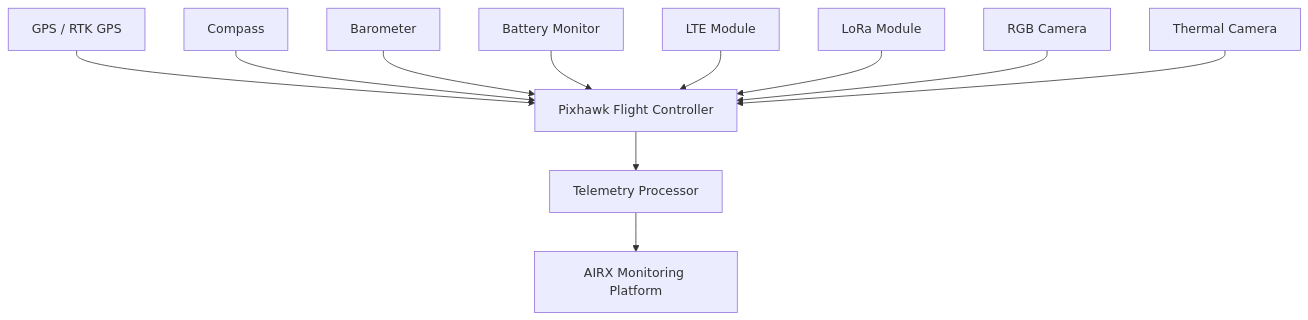
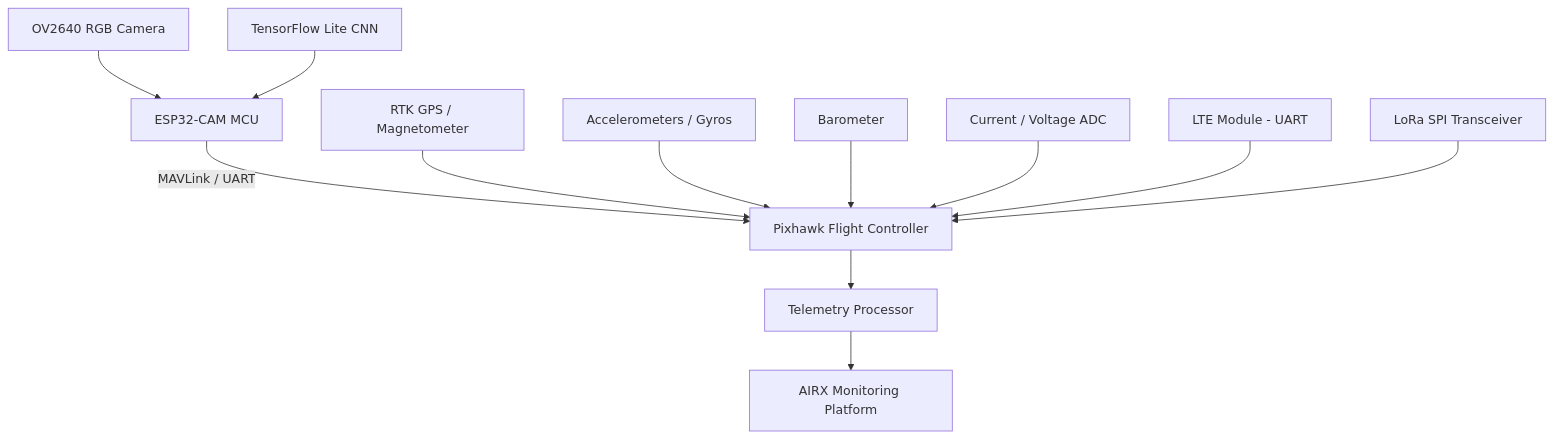
The second of 2 diagrams in README.md (dhilipan182005/Autonomous-Drone-Logistics-Operating-System-ADLOS-), drawn with Mermaid before and after one commit. The commit also changed other lines of this file, not shown here.

````diff
--- a/README.md
+++ b/README.md
@@ -60,27 +64,32 @@
 ```mermaid
 flowchart TD
 
-GPS[GPS / RTK GPS]
-COMP[Compass]
+GPS[RTK GPS / Magnetometer]
+IMU[Accelerometers / Gyros]
 BARO[Barometer]
-BATT[Battery Monitor]
-LTE[LTE Module]
-LORA[LoRa Module]
-CAM[RGB Camera]
-THERM[Thermal Camera]
+BATT[Current / Voltage ADC]
+LTE[LTE Module - UART]
+LORA[LoRa SPI Transceiver]
+
+ESP[ESP32-CAM MCU]
+CAM[OV2640 RGB Camera]
+TFLITE[TensorFlow Lite CNN]
+
+CAM --> ESP
+TFLITE --> ESP
+ESP -- MAVLink / UART --> FC
 
 GPS --> FC
-COMP --> FC
+IMU --> FC
 BARO --> FC
 BATT --> FC
 LTE --> FC
 LORA --> FC
-CAM --> FC
-THERM --> FC
 
 FC[Pixhawk Flight Controller]
 
 FC --> TEL[Telemetry Processor]
 
 TEL --> AIRX[AIRX Monitoring Platform]
+
 ```
````
